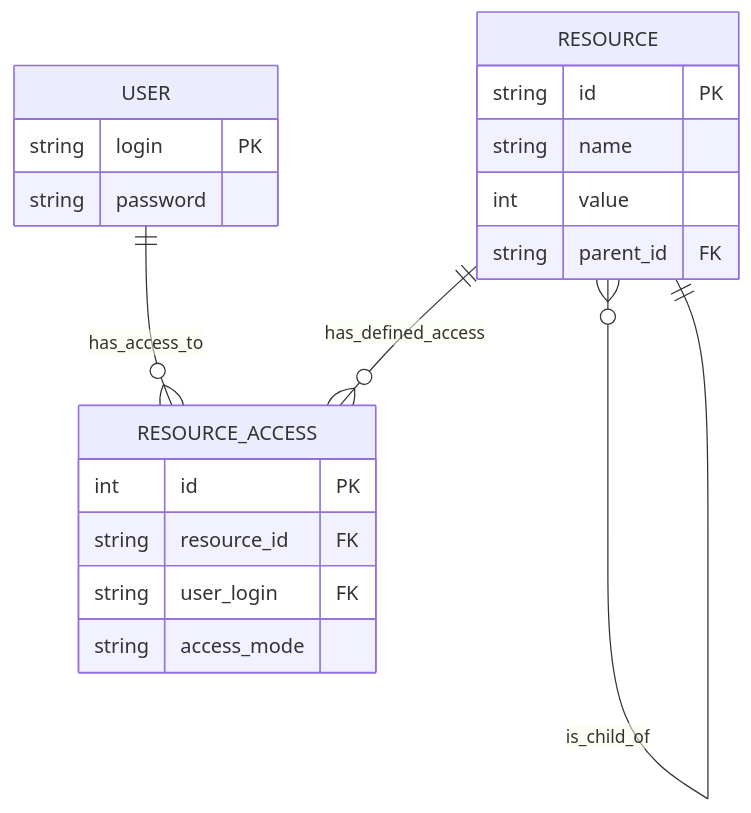
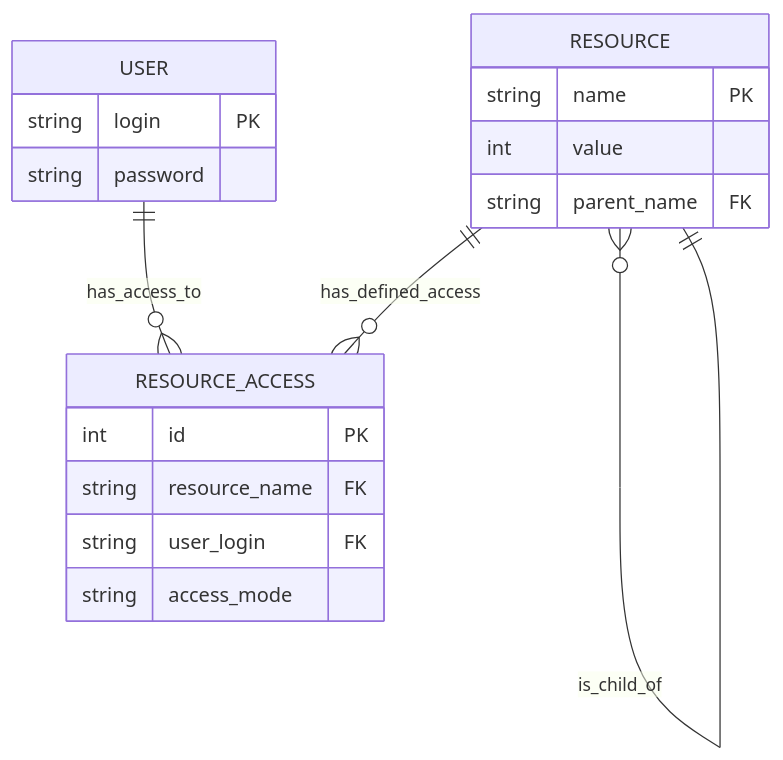
One commit to andreiAK-42/LabTwo changed the diagram in sql-plan.md. Above: the diagram before and after it, drawn with Mermaid. The commit also changed other lines of this file, not shown here.

````diff
--- a/sql-plan.md
+++ b/sql-plan.md
@@ -23,25 +23,24 @@
 ```mermaid
 erDiagram
     USER {
         string login PK
         string password
     }
 
     RESOURCE {
-        string id PK
-        string name
+        string name PK
         int value
-        string parent_id FK
+        string parent_name FK
     }
 
     RESOURCE_ACCESS {
         int id PK
-        string resource_id FK
+        string resource_name FK
         string user_login FK
         string access_mode
     }
 
     USER ||--o{ RESOURCE_ACCESS : "has_access_to"
     RESOURCE ||--o{ RESOURCE_ACCESS : "has_defined_access"
     RESOURCE }o--|| RESOURCE : "is_child_of"
 ```
````
